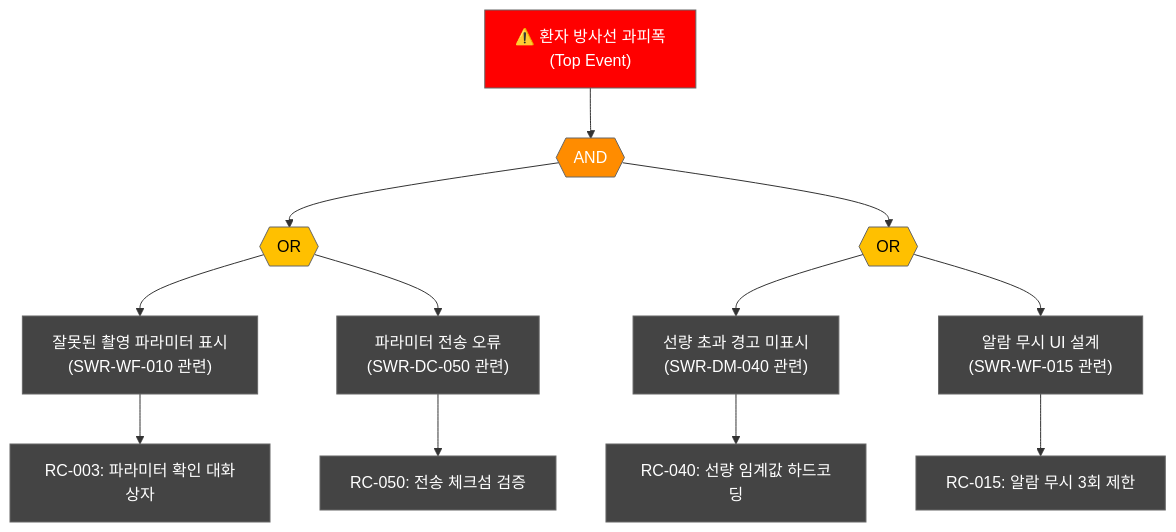
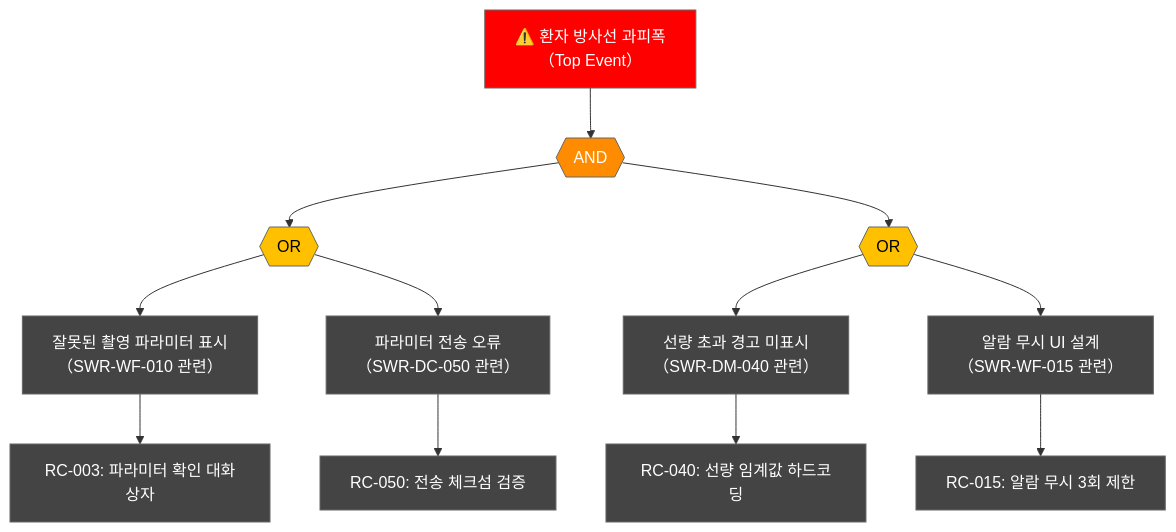
One commit to holee9/console-gui changed the ninth of 13 diagrams in docs/management/DOC-003_SW_Development_Guideline_v1.0.md. Above: the diagram before and after it, drawn with Mermaid. The commit also changed other lines of this file and 22 other files, not shown here.

First line of the commit message:
fix: Mermaid flowchart 노드 내 괄호 파싱 오류 전면 수정

````diff
--- a/docs/management/DOC-003_SW_Development_Guideline_v1.0.md
+++ b/docs/management/DOC-003_SW_Development_Guideline_v1.0.md
@@ -860,28 +860,28 @@
 ```mermaid
 graph TD
     classDef default fill:#444,stroke:#666,color:#fff
-    TOP["⚠️ 환자 방사선 과피폭<br/>(Top Event)"] 
+    TOP["⚠️ 환자 방사선 과피폭<br/>（Top Event）"] 
     AND1{{"AND"}}
     OR1{{"OR"}}
     OR2{{"OR"}}
 
     TOP --> AND1
     AND1 --> OR1
     AND1 --> OR2
 
-    OR1 --> C1["잘못된 촬영 파라미터 표시<br/>(SWR-WF-010 관련)"]
-    OR1 --> C2["파라미터 전송 오류<br/>(SWR-DC-050 관련)"]
+    OR1 --> C1["잘못된 촬영 파라미터 표시<br/>（SWR-WF-010 관련）"]
+    OR1 --> C2["파라미터 전송 오류<br/>（SWR-DC-050 관련）"]
 
-    OR2 --> C3["선량 초과 경고 미표시<br/>(SWR-DM-040 관련)"]
-    OR2 --> C4["알람 무시 UI 설계<br/>(SWR-WF-015 관련)"]
+    OR2 --> C3["선량 초과 경고 미표시<br/>（SWR-DM-040 관련）"]
+    OR2 --> C4["알람 무시 UI 설계<br/>（SWR-WF-015 관련）"]
 
     C1 --> RC1["RC-003: 파라미터 확인 대화상자"]
     C2 --> RC2["RC-050: 전송 체크섬 검증"]
     C3 --> RC3["RC-040: 선량 임계값 하드코딩"]
     C4 --> RC4["RC-015: 알람 무시 3회 제한"]
 
     style TOP fill:#FF0000,color:#fff
     style AND1 fill:#FF8C00,color:#fff
     style OR1 fill:#FFC000,color:#000
     style OR2 fill:#FFC000,color:#000
 ```
````
